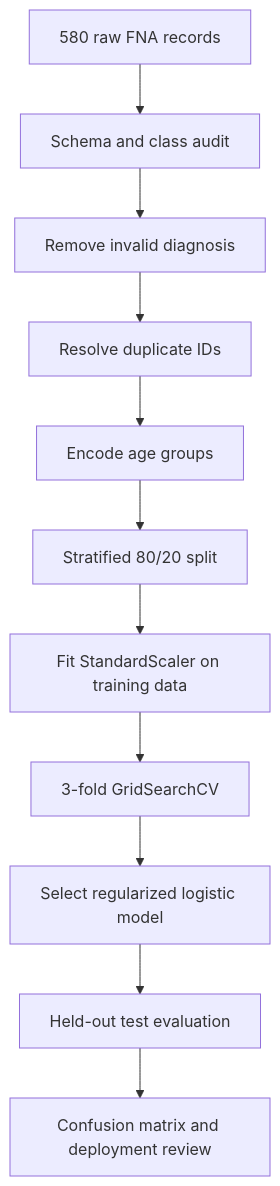
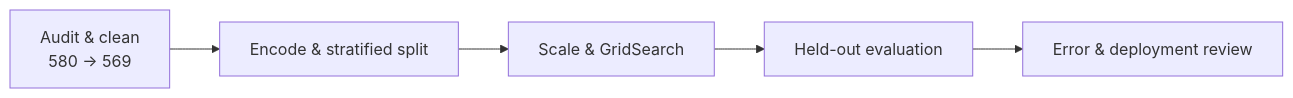
Before and after one commit to Kandasorat/Kandasorat: the diagram in projects/breast-tumour-classification.md, drawn with Mermaid. The commit also changed 9 other files, not shown here.

Commit message:
docs: compact project workflow diagrams

````diff
--- a/projects/breast-tumour-classification.md
+++ b/projects/breast-tumour-classification.md
@@ -20,13 +20,7 @@
 ```mermaid
-flowchart TD
-    A[580 raw FNA records] --> B[Schema and class audit]
-    B --> C[Remove invalid diagnosis]
-    C --> D[Resolve duplicate IDs]
-    D --> E[Encode age groups]
-    E --> F[Stratified 80/20 split]
-    F --> G[Fit StandardScaler on training data]
-    G --> H[3-fold GridSearchCV]
-    H --> I[Select regularized logistic model]
-    I --> J[Held-out test evaluation]
-    J --> K[Confusion matrix and deployment review]
+flowchart LR
+    A[Audit & clean<br/>580 → 569] --> B[Encode & stratified split]
+    B --> C[Scale & GridSearch]
+    C --> D[Held-out evaluation]
+    D --> E[Error & deployment review]
 ```
````
